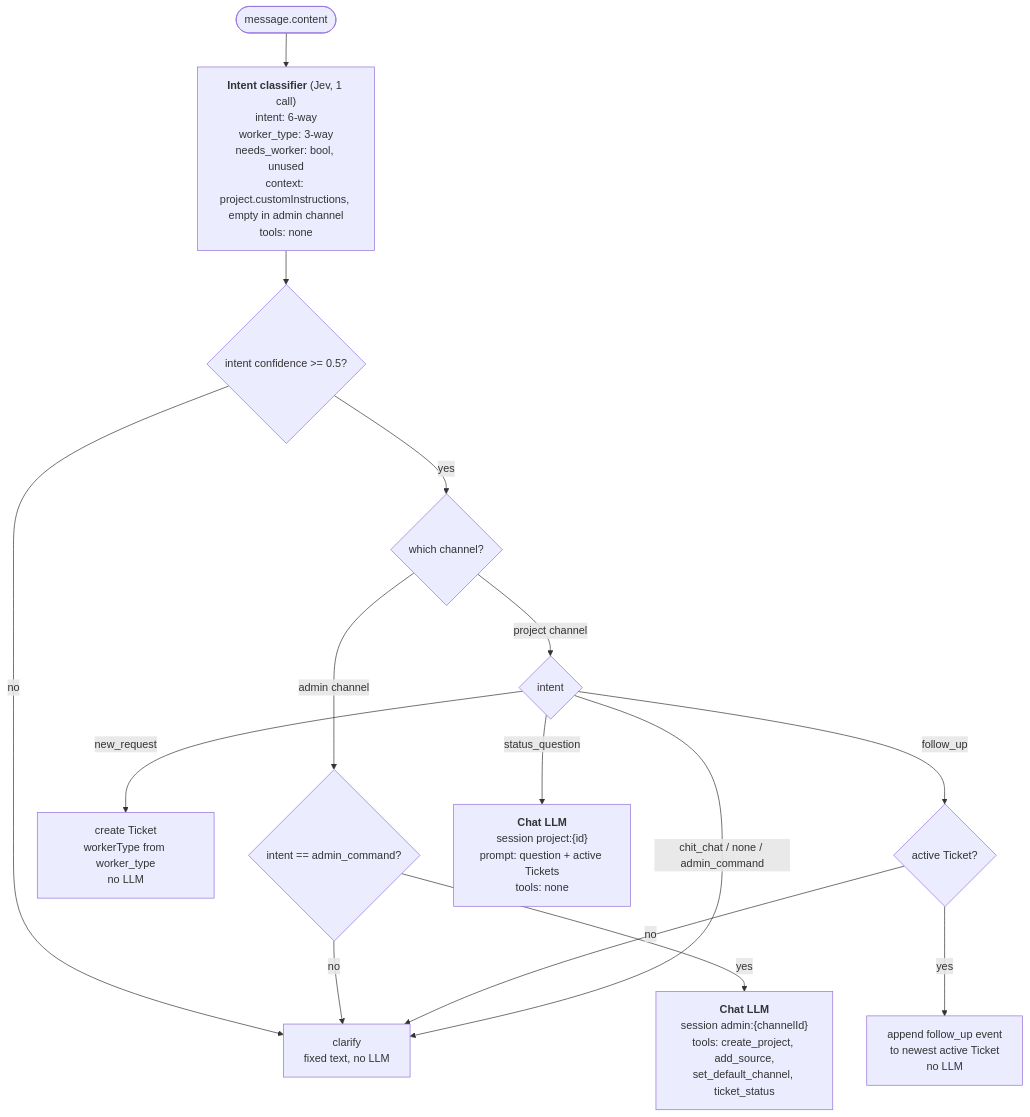
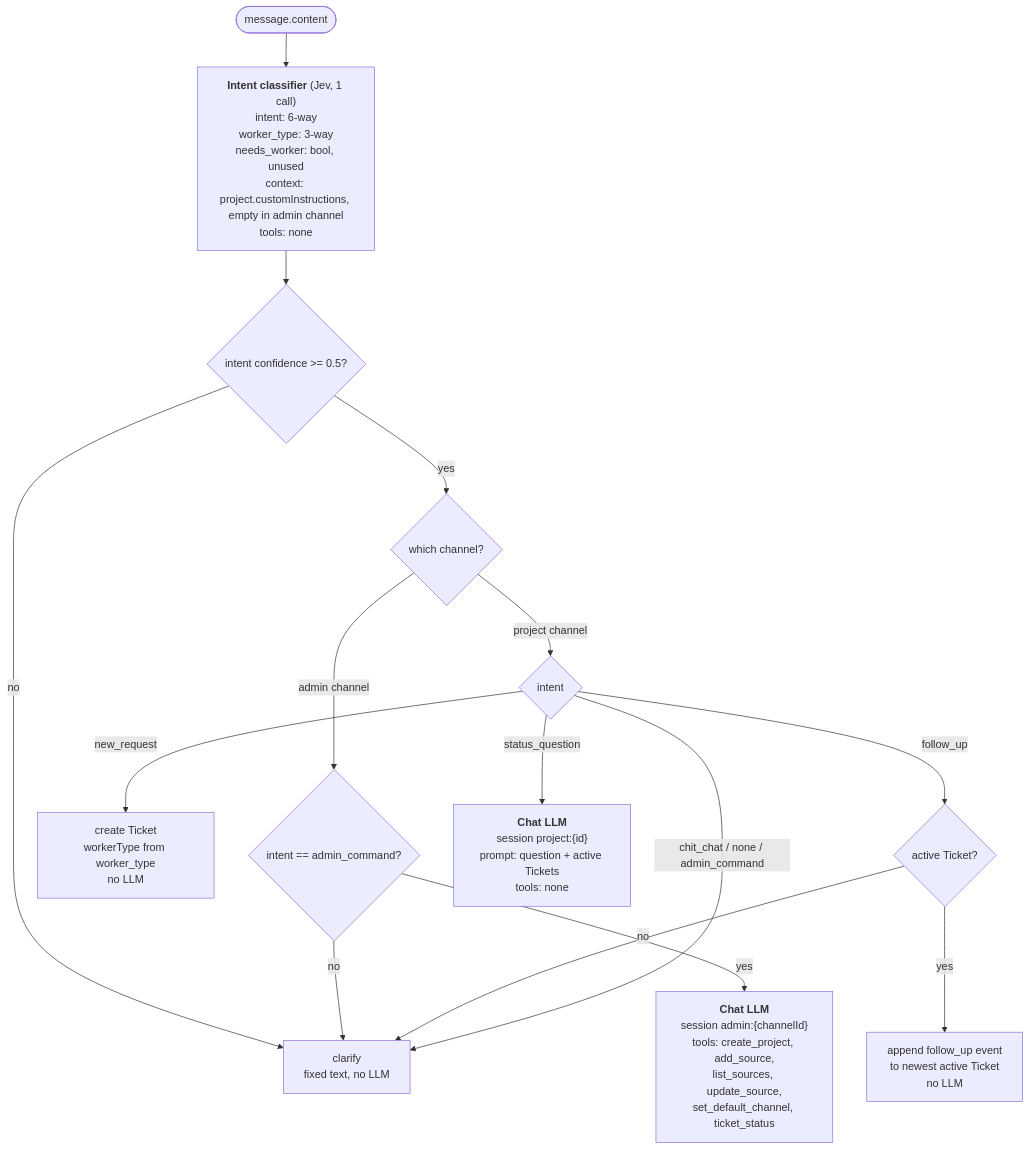
Before and after one commit to joel611/project-os: the diagram in apps/coordinator/DECISION_TREE.md, drawn with Mermaid. The commit also changed other lines of this file and 36 other files, not shown here.

First line of the commit message:
feat(sources): alias and optional description on project sources

````diff
--- a/apps/coordinator/DECISION_TREE.md
+++ b/apps/coordinator/DECISION_TREE.md
@@ -10,19 +10,19 @@
 ```mermaid
 flowchart TD
     msg([message.content]) --> clf["<b>Intent classifier</b> (Jev, 1 call)<br/>intent: 6-way<br/>worker_type: 3-way<br/>needs_worker: bool, unused<br/>context: project.customInstructions, empty in admin channel<br/>tools: none"]
     clf --> conf{"intent confidence >= 0.5?"}
     conf -- no --> clarify["clarify<br/>fixed text, no LLM"]
     conf -- yes --> chan{"which channel?"}
 
     chan -- admin channel --> isadmin{"intent == admin_command?"}
     isadmin -- no --> clarify
-    isadmin -- yes --> adminllm["<b>Chat LLM</b><br/>session admin:{channelId}<br/>tools: create_project, add_source,<br/>set_default_channel, ticket_status"]
+    isadmin -- yes --> adminllm["<b>Chat LLM</b><br/>session admin:{channelId}<br/>tools: create_project, add_source,<br/>list_sources, update_source,<br/>set_default_channel, ticket_status"]
 
     chan -- project channel --> intent{"intent"}
     intent -- new_request --> newt["create Ticket<br/>workerType from worker_type<br/>no LLM"]
     intent -- follow_up --> fu{"active Ticket?"}
     fu -- yes --> fuev["append follow_up event<br/>to newest active Ticket<br/>no LLM"]
     fu -- no --> clarify
     intent -- status_question --> statusllm["<b>Chat LLM</b><br/>session project:{id}<br/>prompt: question + active Tickets<br/>tools: none"]
     intent -- "chit_chat / none / admin_command" --> clarify
 ```
````
